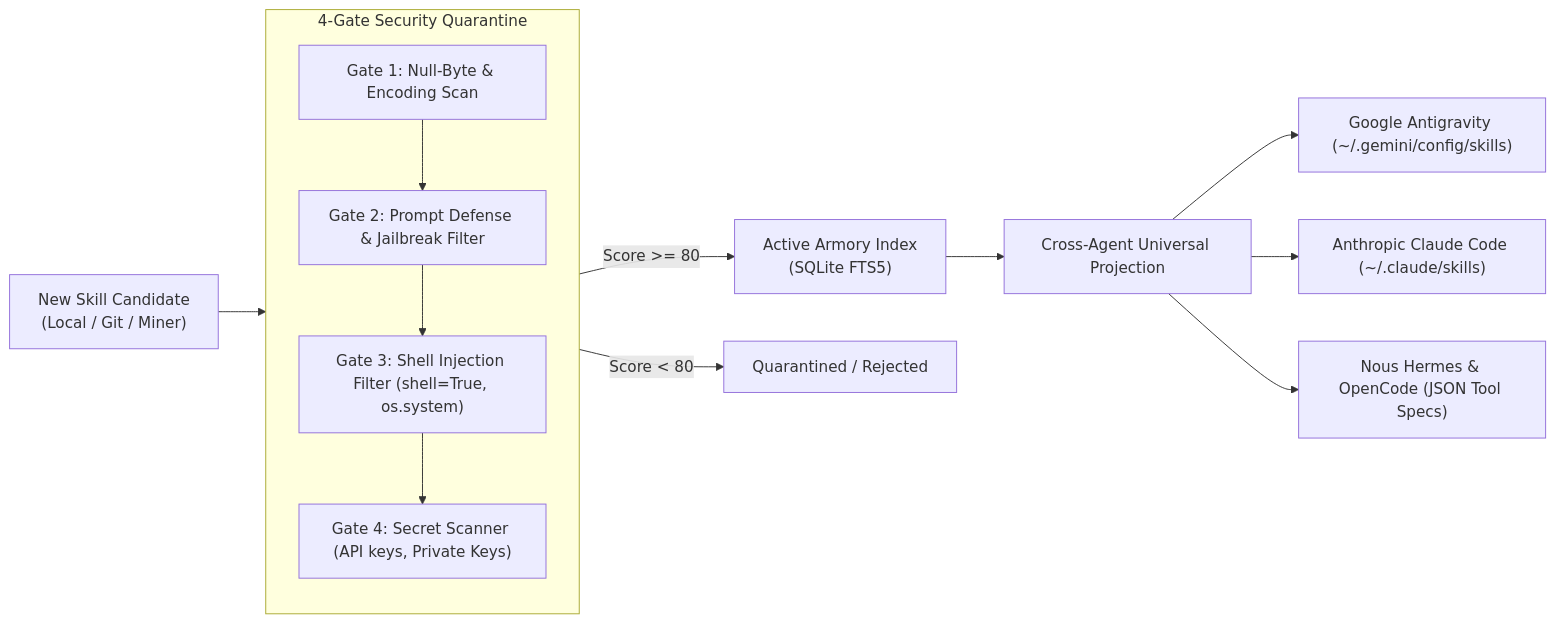
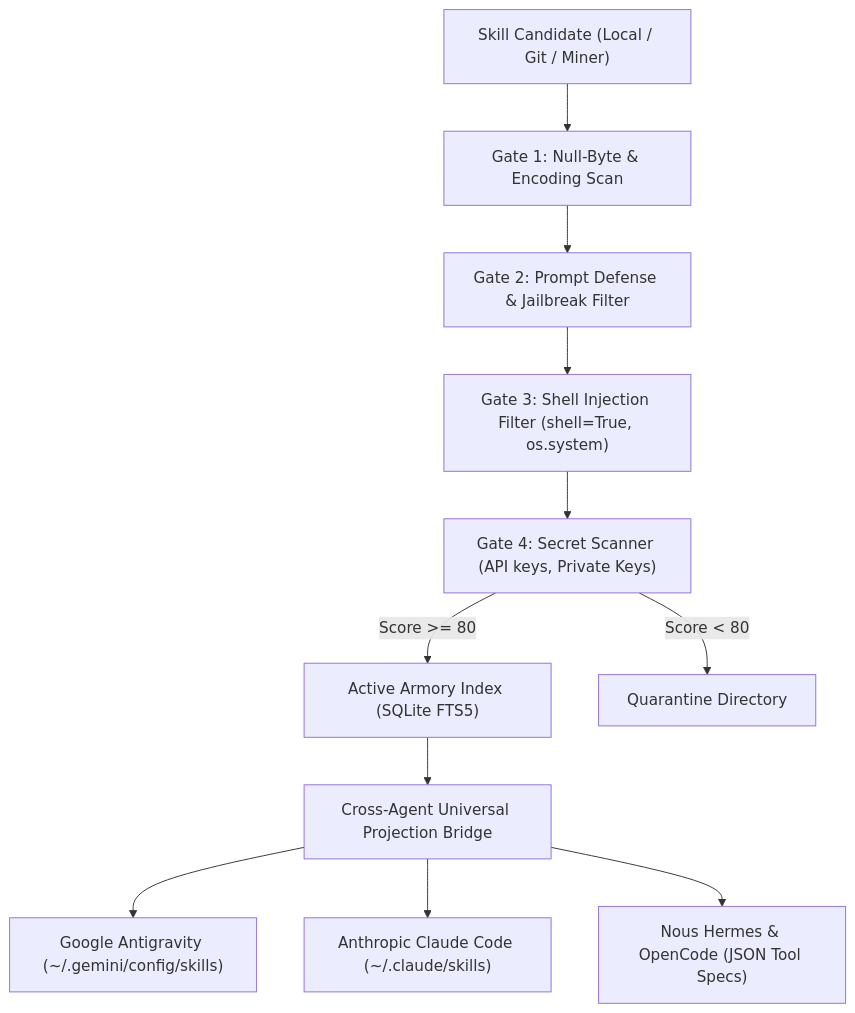
The third of 5 diagrams in README.md (PG300604/aegis-brain), drawn with Mermaid before and after one commit. The commit also changed other lines of this file, not shown here.

Commit message:
docs: break README ice-lock with native Mermaid diagrams, Excalidraw design links, and un-scrawled architectural deep dives

````diff
--- a/README.md
+++ b/README.md
@@ -204,18 +179,15 @@
 ```mermaid
-flowchart LR
-    subgraph Quarantine ["4-Gate Security Quarantine"]
-        direction TB
-        G1["Gate 1: Null-Byte & Encoding Scan"] --> G2["Gate 2: Prompt Defense & Jailbreak Filter"]
-        G2 --> G3["Gate 3: Shell Injection Filter (shell=True, os.system)"]
-        G3 --> G4["Gate 4: Secret Scanner (API keys, Private Keys)"]
-    end
-
-    NewSkill["New Skill Candidate<br/>(Local / Git / Miner)"] --> Quarantine
-    Quarantine -->|Score >= 80| ArmoryDB["Active Armory Index<br/>(SQLite FTS5)"]
-    Quarantine -->|Score < 80| Rejected["Quarantined / Rejected"]
-
-    ArmoryDB --> Proj["Cross-Agent Universal Projection"]
-    Proj --> A1["Google Antigravity (~/.gemini/config/skills)"]
-    Proj --> A2["Anthropic Claude Code (~/.claude/skills)"]
-    Proj --> A3["Nous Hermes & OpenCode (JSON Tool Specs)"]
+flowchart TD
+    Candidate["Skill Candidate (Local / Git / Miner)"] --> Q1["Gate 1: Null-Byte & Encoding Scan"]
+    Q1 --> Q2["Gate 2: Prompt Defense & Jailbreak Filter"]
+    Q2 --> Q3["Gate 3: Shell Injection Filter (shell=True, os.system)"]
+    Q3 --> Q4["Gate 4: Secret Scanner (API keys, Private Keys)"]
+    
+    Q4 -->|Score >= 80| Catalog["Active Armory Index (SQLite FTS5)"]
+    Q4 -->|Score < 80| Quarantine["Quarantine Directory"]
+    
+    Catalog --> Proj["Cross-Agent Universal Projection Bridge"]
+    Proj --> P1["Google Antigravity (~/.gemini/config/skills)"]
+    Proj --> P2["Anthropic Claude Code (~/.claude/skills)"]
+    Proj --> P3["Nous Hermes & OpenCode (JSON Tool Specs)"]
 ```
````
